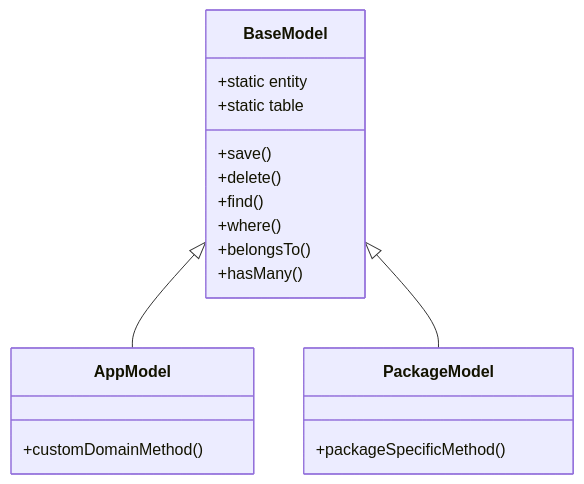
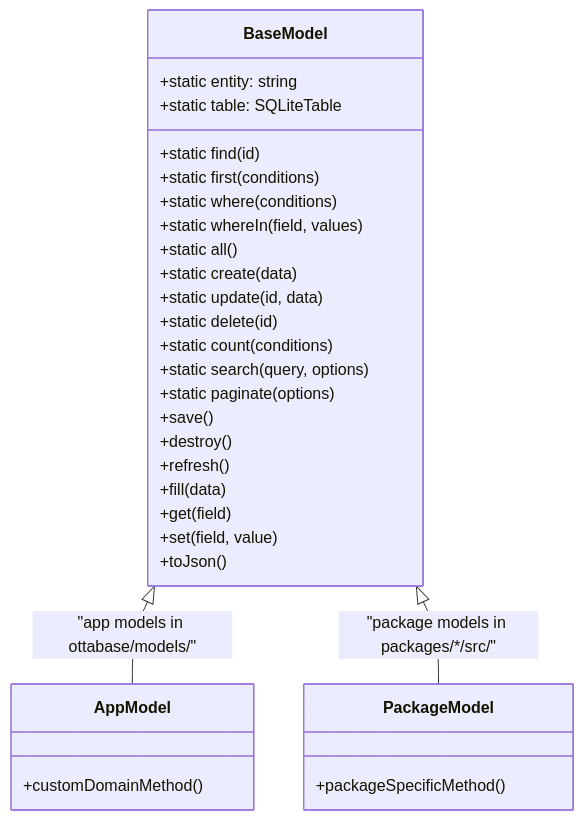
Diagram 12 of 13 in ARCHITECTURE.md (MikkelScheike/ottabase), drawn with Mermaid before and after one commit. The commit also changed other lines of this file, not shown here.

````diff
--- a/ARCHITECTURE.md
+++ b/ARCHITECTURE.md
@@ -180,24 +344,36 @@
 ```mermaid
 classDiagram
     class BaseModel {
-      +static entity
-      +static table
-      +save()
-      +delete()
-      +find()
-      +where()
-      +belongsTo()
-      +hasMany()
+        +static entity: string
+        +static table: SQLiteTable
+        +static find(id)
+        +static first(conditions)
+        +static where(conditions)
+        +static whereIn(field, values)
+        +static all()
+        +static create(data)
+        +static update(id, data)
+        +static delete(id)
+        +static count(conditions)
+        +static search(query, options)
+        +static paginate(options)
+        +save()
+        +destroy()
+        +refresh()
+        +fill(data)
+        +get(field)
+        +set(field, value)
+        +toJson()
     }
 
     class AppModel {
-      +customDomainMethod()
+        +customDomainMethod()
     }
 
     class PackageModel {
-      +packageSpecificMethod()
+        +packageSpecificMethod()
     }
 
-    BaseModel <|-- AppModel
-    BaseModel <|-- PackageModel
+    BaseModel <|-- AppModel : "app models in ottabase/models/"
+    BaseModel <|-- PackageModel : "package models in packages/*/src/"
 ```
````
